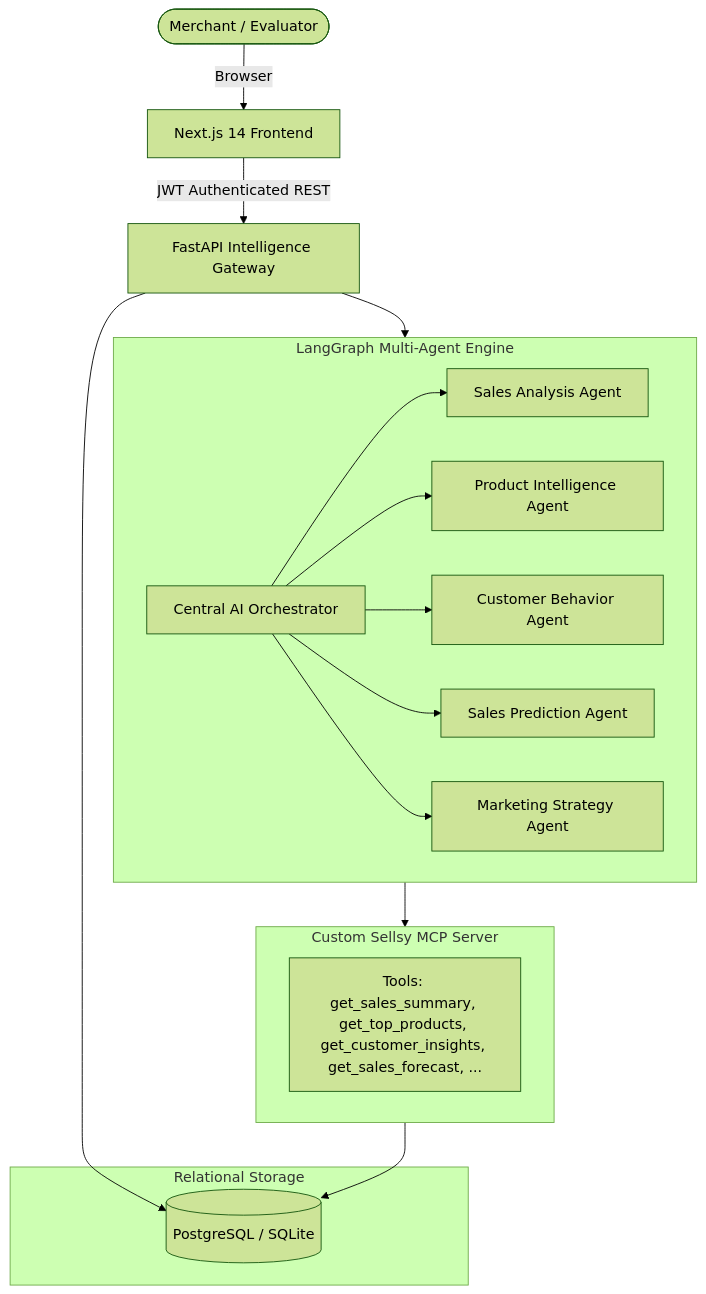
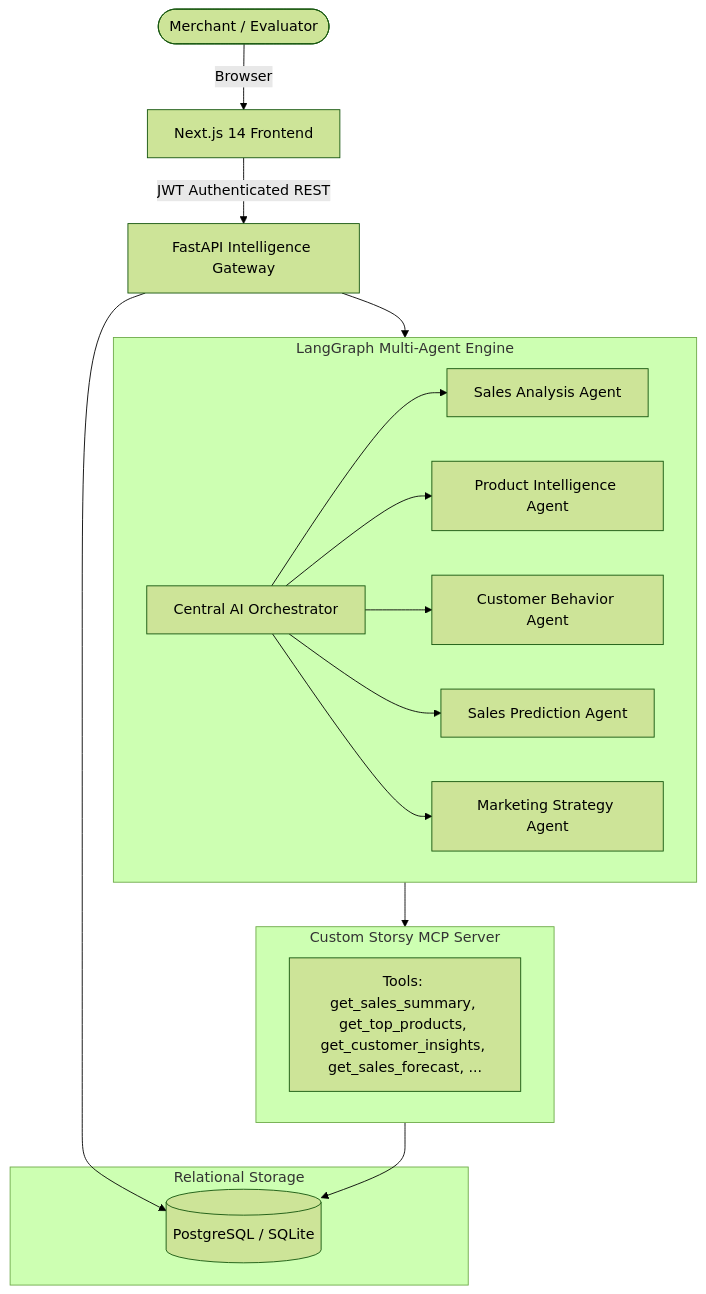
One commit to veenakumari1/sellsy changed the diagram in docs/ARCHITECTURE.md. Above: the diagram before and after it, drawn with Mermaid (forest theme). The commit also changed other lines of this file and 67 other files, not shown here.

````diff
--- a/docs/ARCHITECTURE.md
+++ b/docs/ARCHITECTURE.md
@@ -14,33 +14,33 @@
 ```mermaid
 flowchart TD
     User([Merchant / Evaluator]) -->|Browser| NextApp[Next.js 14 Frontend]
     NextApp -->|JWT Authenticated REST| FastApiApp[FastAPI Intelligence Gateway]
     
     subgraph MultiAgentEngine["LangGraph Multi-Agent Engine"]
         Orchestrator[Central AI Orchestrator]
         SalesAgent[Sales Analysis Agent]
         ProdAgent[Product Intelligence Agent]
         CustAgent[Customer Behavior Agent]
         PredAgent[Sales Prediction Agent]
         MktAgent[Marketing Strategy Agent]
 
         Orchestrator --> SalesAgent
         Orchestrator --> ProdAgent
         Orchestrator --> CustAgent
         Orchestrator --> PredAgent
         Orchestrator --> MktAgent
     end
 
-    subgraph MCPServer["Custom Sellsy MCP Server"]
+    subgraph MCPServer["Custom Storsy MCP Server"]
         MCP_Tools[Tools: get_sales_summary, get_top_products, get_customer_insights, get_sales_forecast, ...]
     end
 
     subgraph DataLayer["Relational Storage"]
         DB[(PostgreSQL / SQLite)]
     end
 
     FastApiApp --> MultiAgentEngine
     MultiAgentEngine --> MCPServer
     MCPServer --> DB
     FastApiApp --> DB
 ```
````
